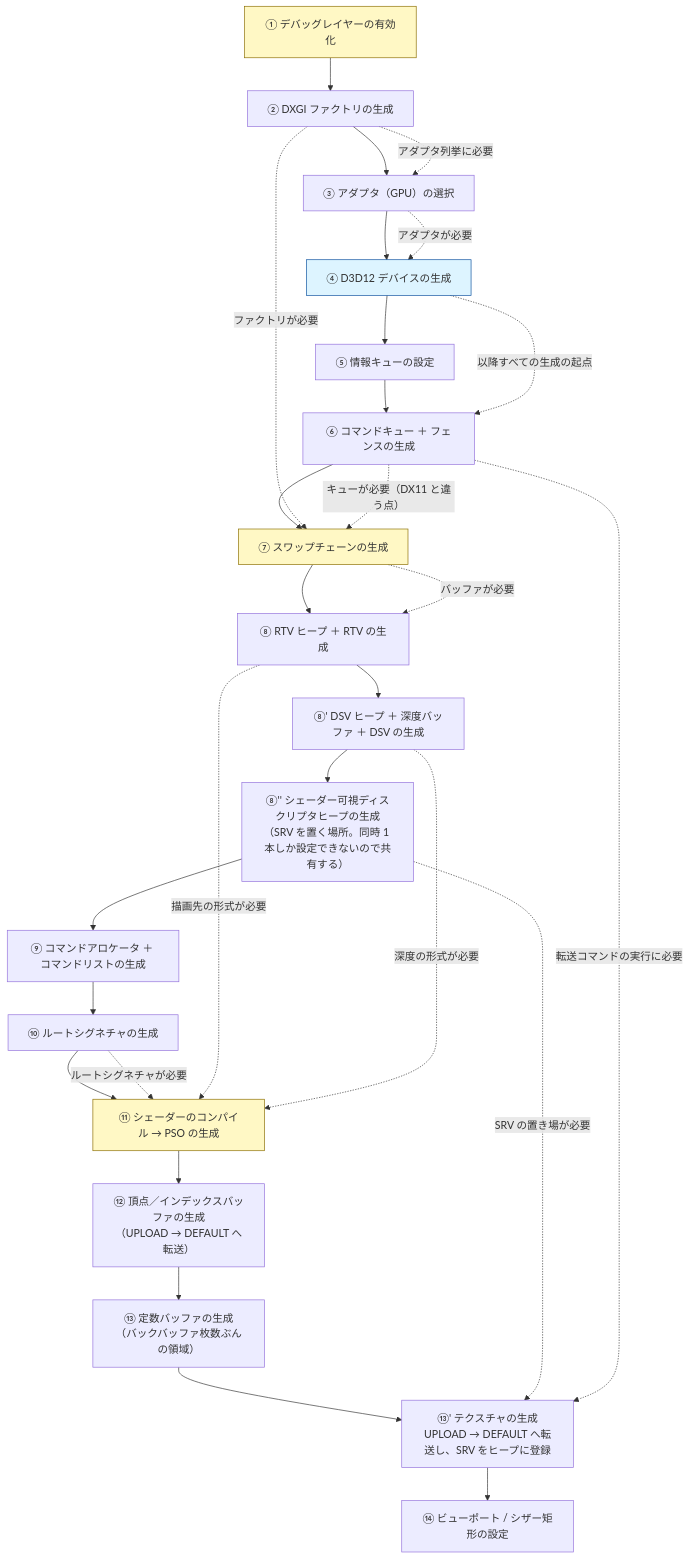
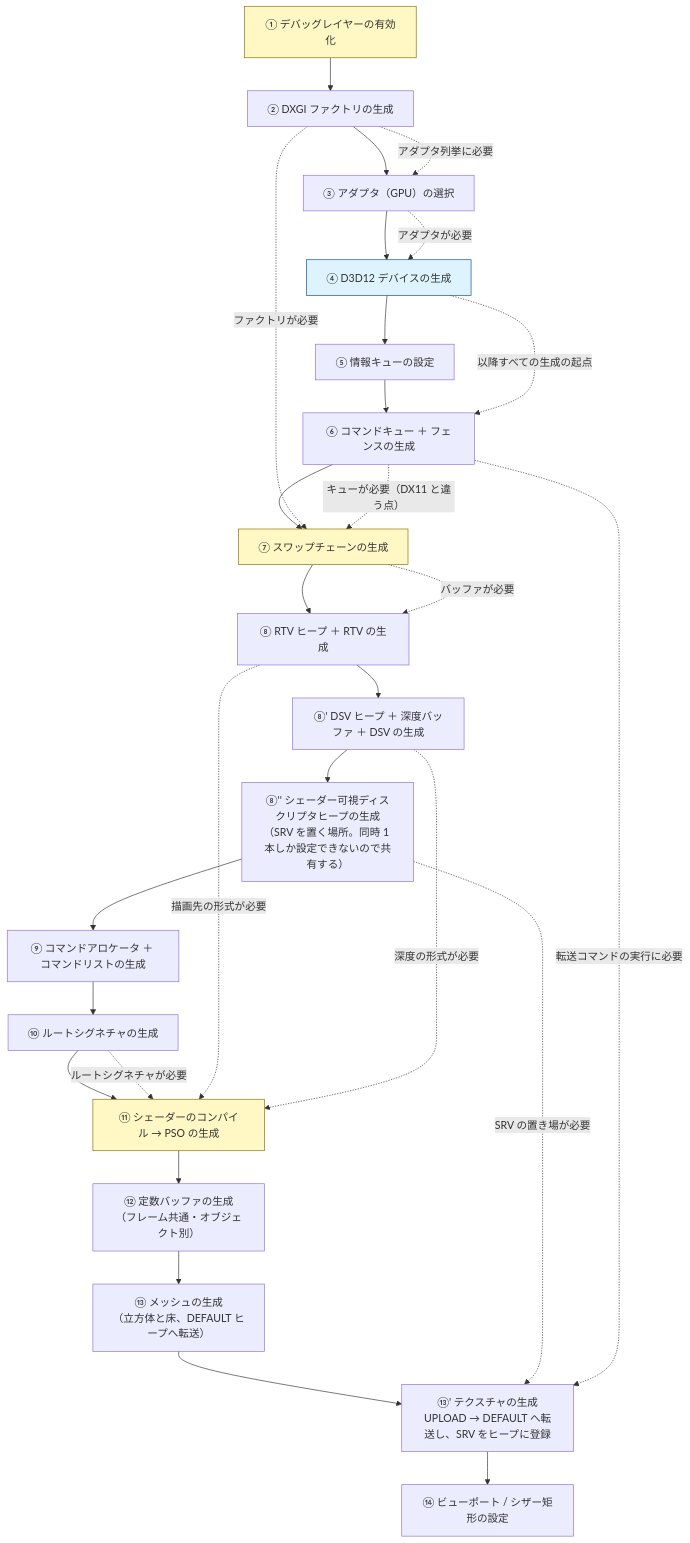
One commit to Tomonorarari-Think/DirectX12Dev changed the second of 4 diagrams in docs/design/描画フロー.md. Above: the diagram before and after it, drawn with Mermaid. The commit also changed other lines of this file and 24 other files, not shown here.

````diff
--- a/docs/design/描画フロー.md
+++ b/docs/design/描画フロー.md
@@ -32,39 +32,39 @@
 ```mermaid
 flowchart TD
     S1["① デバッグレイヤーの有効化"]
     S2["② DXGI ファクトリの生成"]
     S3["③ アダプタ（GPU）の選択"]
     S4["④ D3D12 デバイスの生成"]
     S5["⑤ 情報キューの設定"]
     S6["⑥ コマンドキュー ＋ フェンスの生成"]
     S7["⑦ スワップチェーンの生成"]
     S8["⑧ RTV ヒープ ＋ RTV の生成"]
     S8b["⑧' DSV ヒープ ＋ 深度バッファ ＋ DSV の生成"]
     SH["⑧'' シェーダー可視ディスクリプタヒープの生成<br/>（SRV を置く場所。同時 1 本しか設定できないので共有する）"]
     S9["⑨ コマンドアロケータ ＋ コマンドリストの生成"]
     S10["⑩ ルートシグネチャの生成"]
     S11["⑪ シェーダーのコンパイル → PSO の生成"]
-    S12["⑫ 頂点／インデックスバッファの生成<br/>（UPLOAD → DEFAULT へ転送）"]
-    S13["⑬ 定数バッファの生成<br/>（バックバッファ枚数ぶんの領域）"]
+    S12["⑫ 定数バッファの生成<br/>（フレーム共通・オブジェクト別）"]
+    S13["⑬ メッシュの生成<br/>（立方体と床、DEFAULT ヒープへ転送）"]
     S13b["⑬' テクスチャの生成<br/>UPLOAD → DEFAULT へ転送し、SRV をヒープに登録"]
     S14["⑭ ビューポート / シザー矩形の設定"]
 
     S1 --> S2 --> S3 --> S4 --> S5 --> S6 --> S7 --> S8 --> S8b --> SH --> S9 --> S10 --> S11 --> S12 --> S13 --> S13b --> S14
 
     S2 -. アダプタ列挙に必要 .-> S3
     S3 -. アダプタが必要 .-> S4
     S4 -. 以降すべての生成の起点 .-> S6
     S2 -. ファクトリが必要 .-> S7
     S6 -. キューが必要（DX11 と違う点） .-> S7
     S7 -. バッファが必要 .-> S8
     S10 -. ルートシグネチャが必要 .-> S11
     S8 -. 描画先の形式が必要 .-> S11
     S8b -. 深度の形式が必要 .-> S11
     SH -. SRV の置き場が必要 .-> S13b
     S6 -. 転送コマンドの実行に必要 .-> S13b
 
     style S1 fill:#fff8c5,stroke:#8a6d00
     style S4 fill:#ddf4ff,stroke:#0a4f9e
     style S7 fill:#fff8c5,stroke:#8a6d00
     style S11 fill:#fff8c5,stroke:#8a6d00
 ```
````
